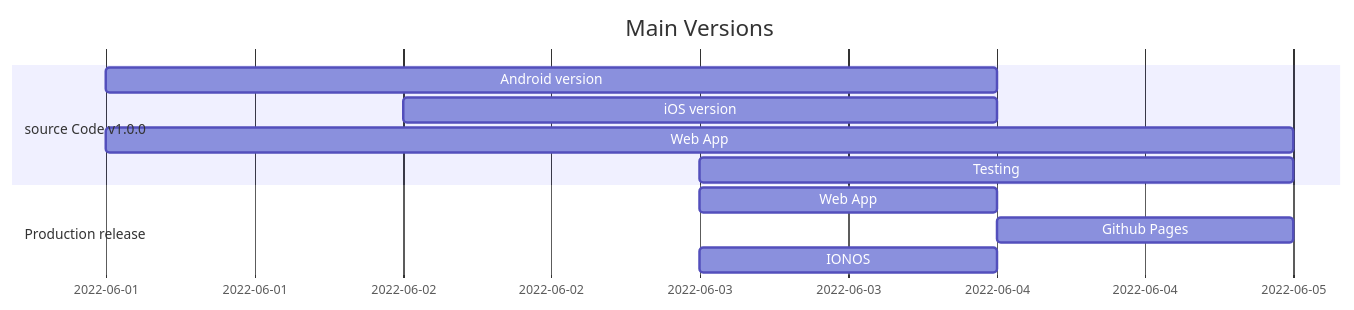
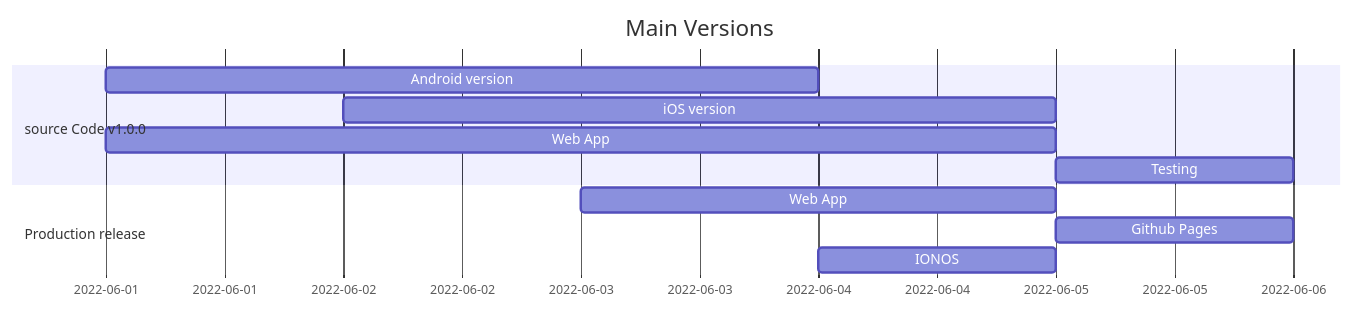
Before and after one commit to ThomasByr/galapsbs: the diagram in README.md, drawn with Mermaid. The commit also changed other lines of this file, not shown here.

Commit message:
latest version of README file

````diff
--- a/README.md
+++ b/README.md
@@ -96,17 +96,17 @@
 ```mermaid
 gantt
     title Main Versions
     dateFormat YYYY-MM-DD
 
     section source Code v1.0.0
     Android version : 2022-06-01, 3d
-    iOS version     : 2022-06-02, 2d
+    iOS version     : 2022-06-02, 3d
     Web App         : 2022-06-01, 4d
-    Testing         : 2022-06-03, 2d
+    Testing         : 2022-06-05, 1d
 
     section Production release
-    Web App      : 2022-06-03, 1d
+    Web App      : 2022-06-03, 2d
     Github Pages : 1d
-    IONOS        : 2022-06-03, 1d
+    IONOS        : 2022-06-04, 1d
 
 ```
````
